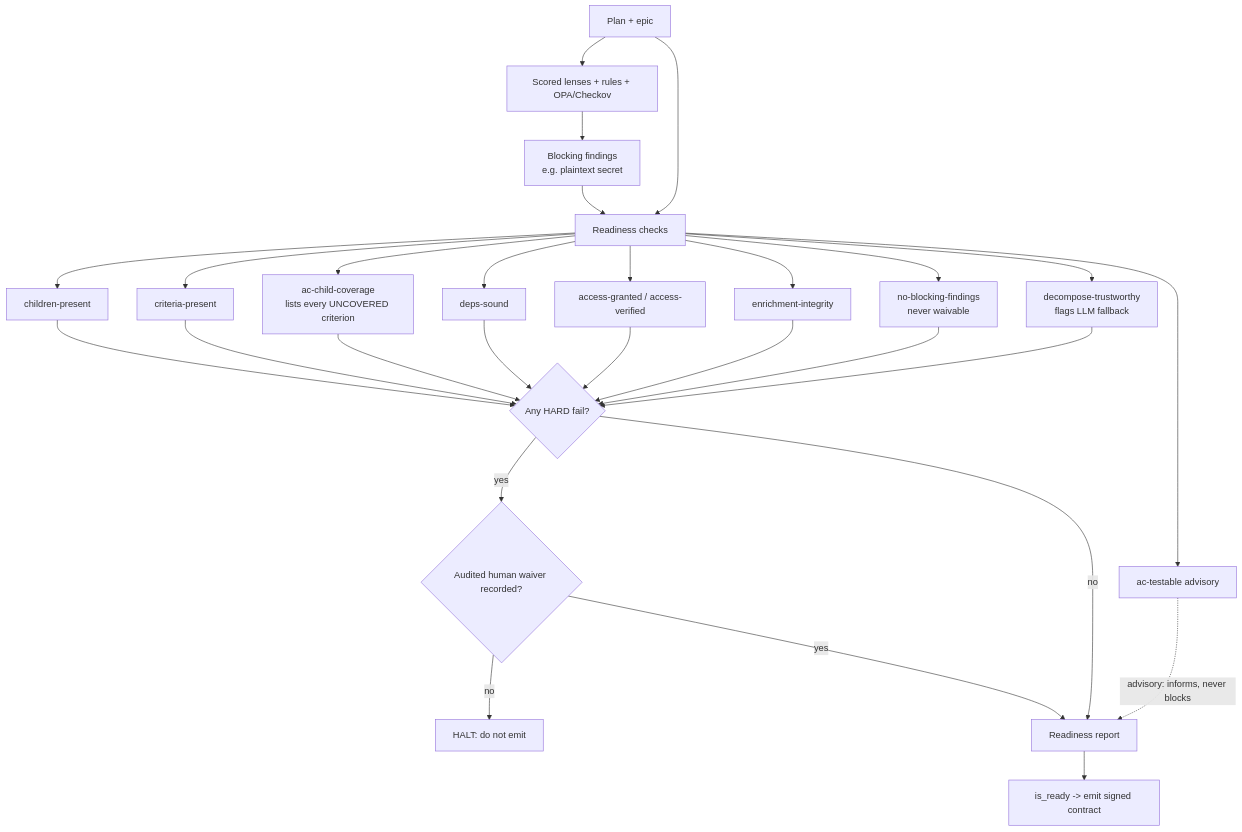
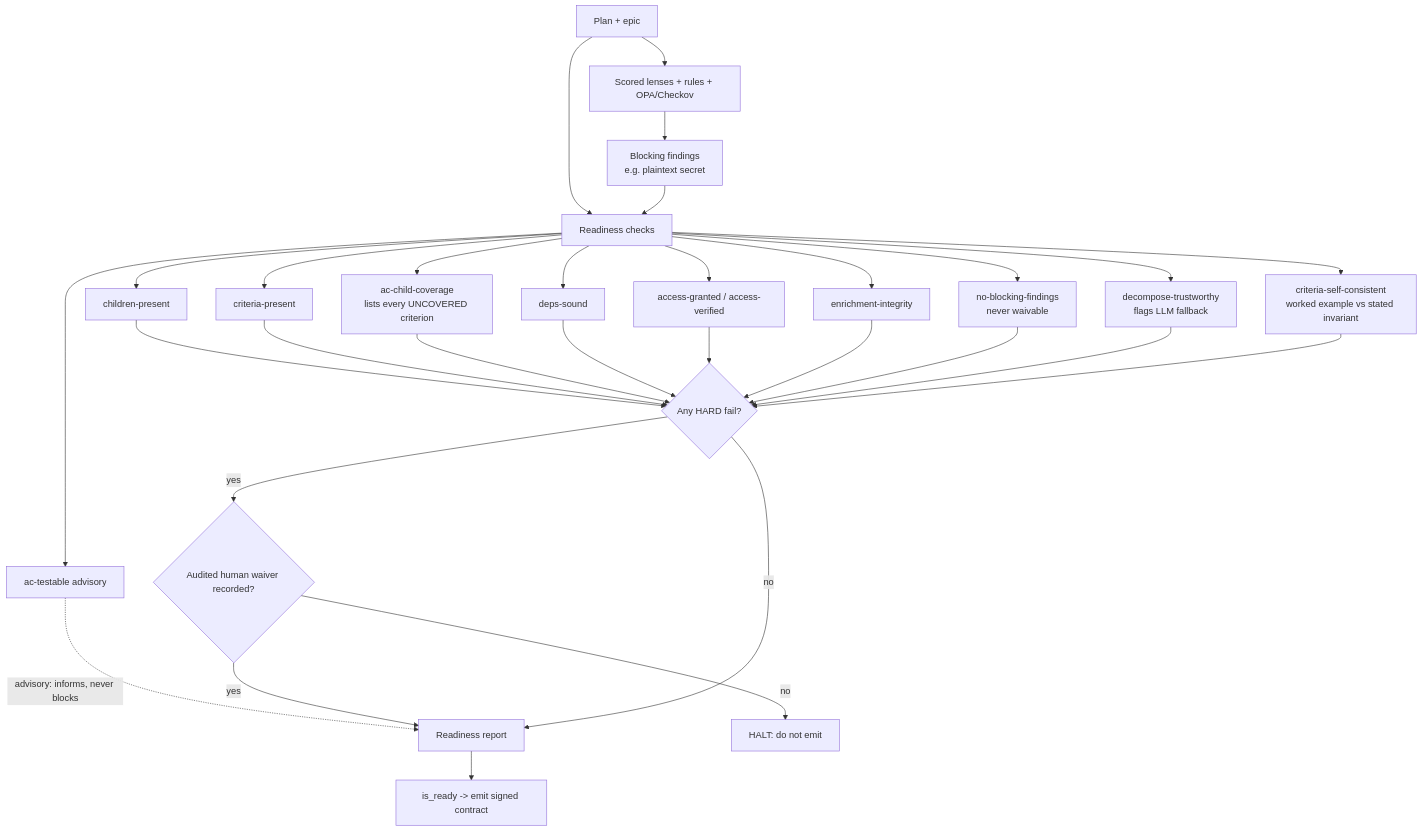
Before and after one commit to olafkfreund/PFactory: the second of 2 diagrams in docs/planning-and-trust.md, drawn with Mermaid. The commit also changed other lines of this file and 3 other files, not shown here.

````diff
--- a/docs/planning-and-trust.md
+++ b/docs/planning-and-trust.md
@@ -98,23 +98,24 @@
 ```mermaid
 flowchart TD
     P[Plan + epic] --> R[Scored lenses + rules + OPA/Checkov]
     P --> RC[Readiness checks]
     R --> BF[Blocking findings<br/>e.g. plaintext secret]
     BF --> RC
     RC --> C1[children-present]
     RC --> C2[criteria-present]
     RC --> C3[ac-child-coverage<br/>lists every UNCOVERED criterion]
     RC --> C4[deps-sound]
     RC --> C5[access-granted / access-verified]
     RC --> C6[enrichment-integrity]
     RC --> C7[no-blocking-findings<br/>never waivable]
     RC --> C8[decompose-trustworthy<br/>flags LLM fallback]
     RC --> C9[ac-testable advisory]
-    C1 & C2 & C3 & C4 & C5 & C6 & C7 & C8 --> H{Any HARD fail?}
+    RC --> C10[criteria-self-consistent<br/>worked example vs stated invariant]
+    C1 & C2 & C3 & C4 & C5 & C6 & C7 & C8 & C10 --> H{Any HARD fail?}
     C9 -. advisory: informs, never blocks .-> RPT[Readiness report]
     H -- yes --> WV{Audited human waiver recorded?}
     WV -- no --> STOP[HALT: do not emit]
     WV -- yes --> RPT
     H -- no --> RPT
     RPT --> OUT[is_ready -> emit signed contract]
 ```
````
